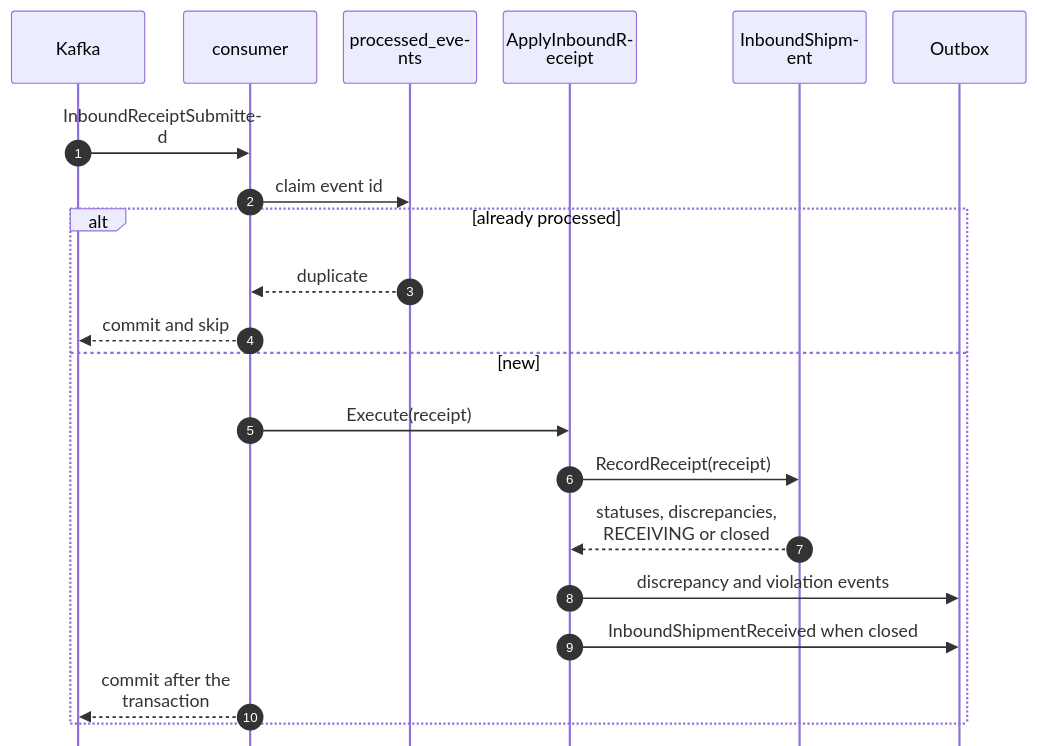
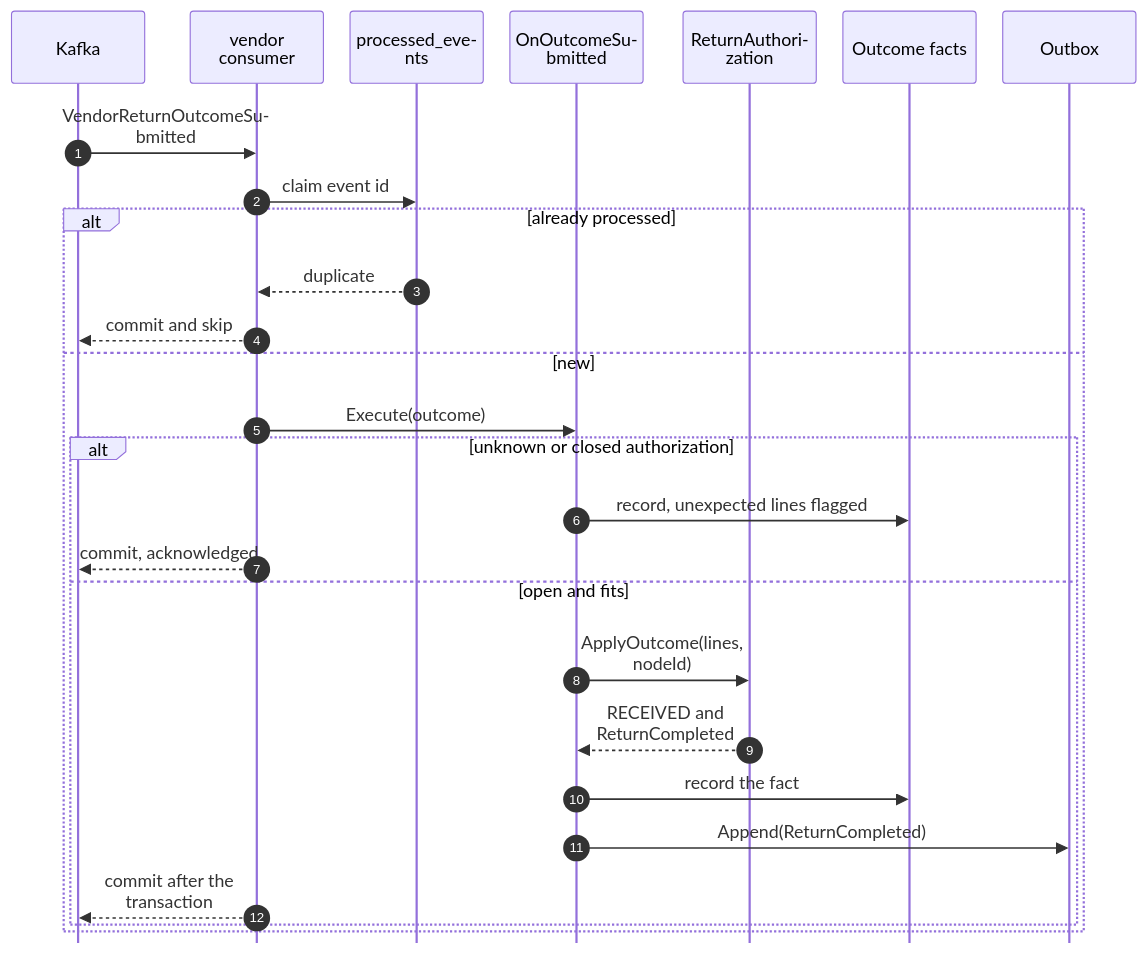
The third of 4 diagrams in docs/docs/ddd/sequence-diagrams.md (IQVO/customer-returns), drawn with Mermaid before and after one commit. The commit also changed other lines of this file and 13 other files, not shown here.

````diff
--- a/docs/docs/ddd/sequence-diagrams.md
+++ b/docs/docs/ddd/sequence-diagrams.md
@@ -92,24 +100,30 @@
 ```mermaid
 %%{init: {"sequence": {"wrap": true, "width": 120, "actorMargin": 24, "messageMargin": 28, "boxMargin": 6, "noteMargin": 6, "mirrorActors": false}}}%%
 sequenceDiagram
     autonumber
     participant K as Kafka
-    participant C as consumer
+    participant C as vendor consumer
     participant IB as processed_events
-    participant UC as ApplyInboundReceipt
-    participant A as InboundShipment
+    participant UC as OnOutcomeSubmitted
+    participant A as ReturnAuthorization
+    participant F as Outcome facts
     participant OB as Outbox
-    K->>C: InboundReceiptSubmitted
+    K->>C: VendorReturnOutcomeSubmitted
     C->>IB: claim event id
     alt already processed
         IB-->>C: duplicate
         C-->>K: commit and skip
     else new
-        C->>UC: Execute(receipt)
-        UC->>A: RecordReceipt(receipt)
-        A-->>UC: statuses, discrepancies,<br/>RECEIVING or closed
-        UC->>OB: discrepancy and violation events
-        UC->>OB: InboundShipmentReceived when closed
-        C-->>K: commit after the transaction
+        C->>UC: Execute(outcome)
+        alt unknown or closed authorization
+            UC->>F: record, unexpected lines flagged
+            C-->>K: commit, acknowledged
+        else open and fits
+            UC->>A: ApplyOutcome(lines, nodeId)
+            A-->>UC: RECEIVED and ReturnCompleted
+            UC->>F: record the fact
+            UC->>OB: Append(ReturnCompleted)
+            C-->>K: commit after the transaction
+        end
     end
 ```
````
